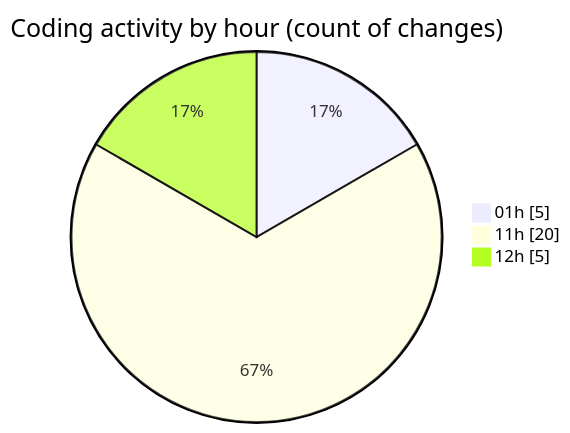
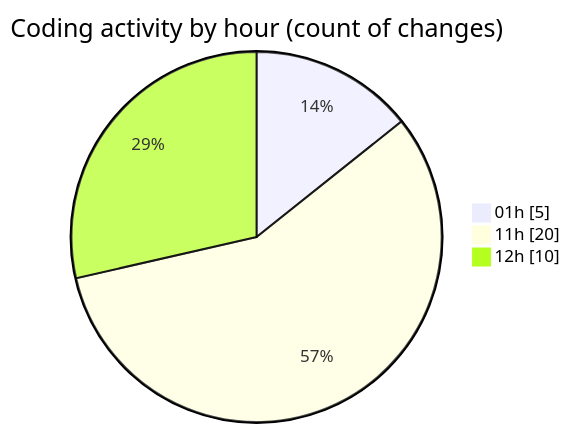
The second of 2 diagrams in 2025-04-26/echo/README.md (Netris89/code-tracking), drawn with Mermaid before and after one commit. The commit also changed other lines of this file and 1 other file, not shown here.

````diff
--- a/2025-04-26/echo/README.md
+++ b/2025-04-26/echo/README.md
@@ -31,7 +31,7 @@
 ```mermaid
 pie showData
 title Coding activity by hour (count of changes)
 "01h" : 5
 "11h" : 20
-"12h" : 5
+"12h" : 10
 ```
````
